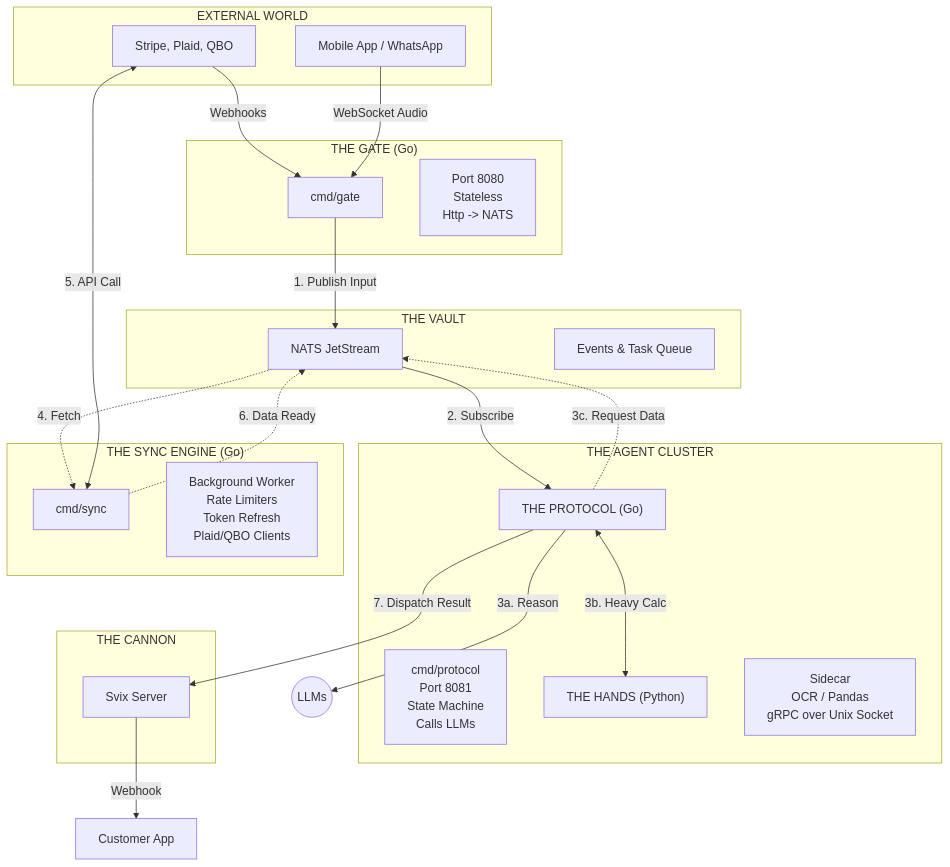
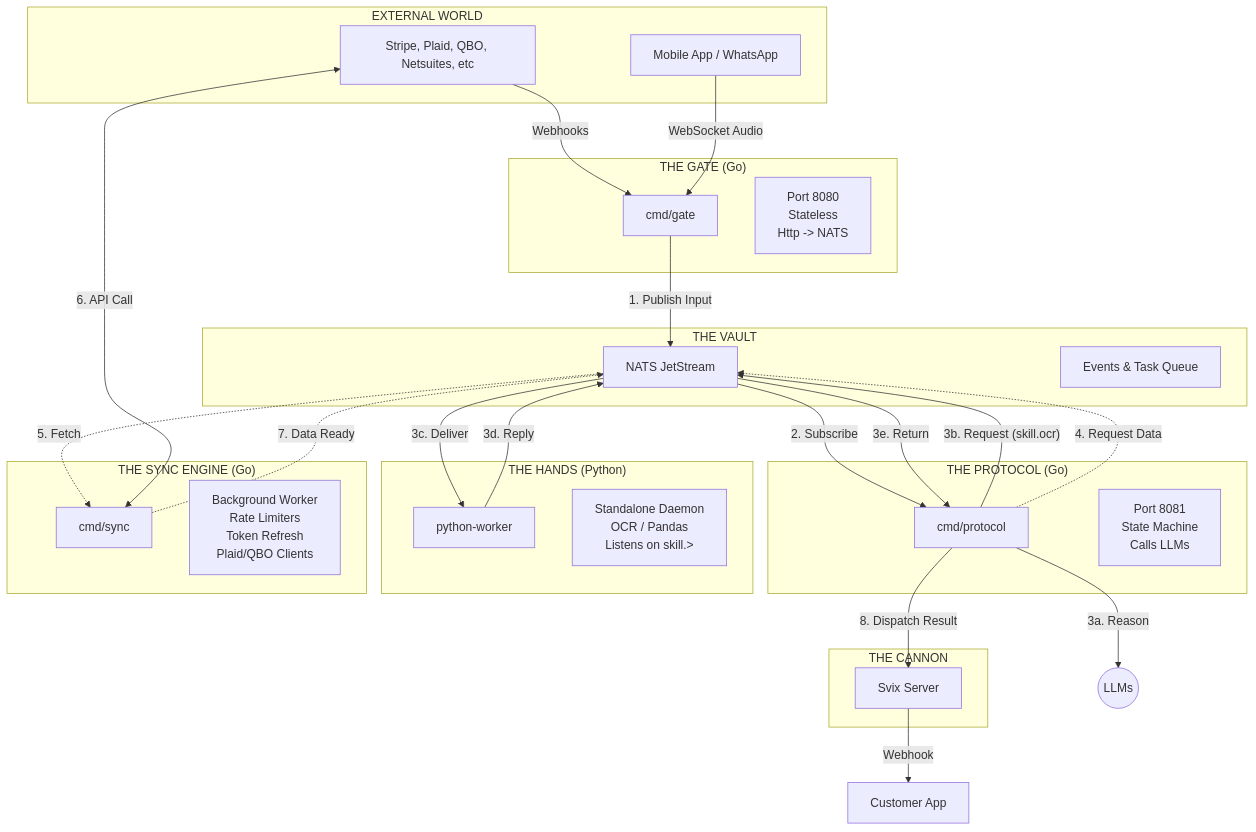
One commit to Yankzy/usetoro changed the diagram in README.md. Above: the diagram before and after it, drawn with Mermaid. The commit also changed other lines of this file and 15 other files, not shown here.

````diff
--- a/README.md
+++ b/README.md
@@ -22,54 +22,61 @@
 ```mermaid
   graph TD
     subgraph External ["EXTERNAL WORLD"]
-        Providers["Stripe, Plaid, QBO"]
+        Providers["Stripe, Plaid, QBO, Netsuites, etc"]
         Users["Mobile App / WhatsApp"]
     end
 
     subgraph Ingress ["THE GATE (Go)"]
         GoGate["cmd/gate"]
         note1["Port 8080<br/>Stateless<br/>Http -> NATS"]
     end
 
     subgraph Vault ["THE VAULT"]
         NATS["NATS JetStream"]
         note2["Events & Task Queue"]
     end
 
-    subgraph Intelligence ["THE AGENT CLUSTER"]
-        GoBrain["THE PROTOCOL (Go)"]
-        note3["cmd/protocol<br/>Port 8081<br/>State Machine<br/>Calls LLMs"]
+    subgraph Brain ["THE PROTOCOL (Go)"]
+        GoBrain["cmd/protocol"]
+        note3["Port 8081<br/>State Machine<br/>Calls LLMs"]
+    end
         
-        PythonWorker["THE HANDS (Python)"]
-        note4["Sidecar<br/>OCR / Pandas<br/>gRPC over Unix Socket"]
+    subgraph Hands ["THE HANDS (Python)"]
+        PythonWorker["python-worker"]
+        note4["Standalone Daemon<br/>OCR / Pandas<br/>Listens on skill.>"]
     end
 
     subgraph Connectors ["THE SYNC ENGINE (Go)"]
         GoSync["cmd/sync"]
         note5["Background Worker<br/>Rate Limiters<br/>Token Refresh<br/>Plaid/QBO Clients"]
     end
 
     subgraph Egress ["THE CANNON"]
         Svix["Svix Server"]
     end
 
     %% Flow
     Providers -->|Webhooks| GoGate
     Users -->|WebSocket Audio| GoGate
     
     GoGate -->|1. Publish Input| NATS
     
     NATS -->|2. Subscribe| GoBrain
     
     GoBrain -->|3a. Reason| LLM(("LLMs"))
-    GoBrain <-->|3b. Heavy Calc| PythonWorker
     
-    %% The New Path
-    GoBrain -.->|3c. Request Data| NATS
-    NATS -.->|4. Fetch| GoSync
-    GoSync <-->|5. API Call| Providers
-    GoSync -.->|6. Data Ready| NATS
+    %% NATS Req-Rep Flow
+    GoBrain -- "3b. Request (skill.ocr)" --> NATS
+    NATS -- "3c. Deliver" --> PythonWorker
+    PythonWorker -- "3d. Reply" --> NATS
+    NATS -- "3e. Return" --> GoBrain
     
-    GoBrain -->|7. Dispatch Result| Svix
+    %% The Sync Path
+    GoBrain -. "4. Request Data" .-> NATS
+    NATS -. "5. Fetch" .-> GoSync
+    GoSync <-->|6. API Call| Providers
+    GoSync -. "7. Data Ready" .-> NATS
+    
+    GoBrain -->|8. Dispatch Result| Svix
     Svix -->|Webhook| CustomerApp["Customer App"]
-  ```
+```
````
